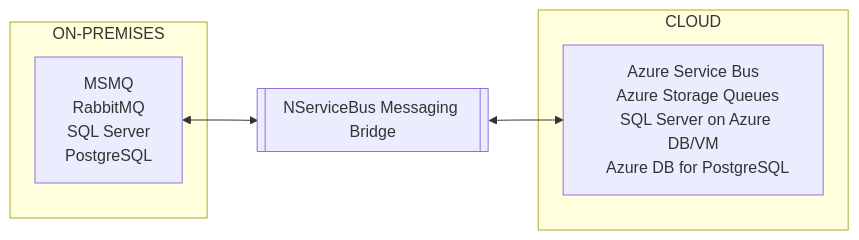
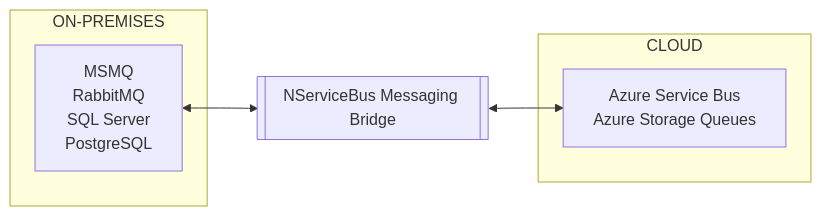
One commit to Particular/docs.particular.net changed the diagram in modernization/migrate-to-the-cloud/on-premises-to-azure.md. Above: the diagram before and after it, drawn with Mermaid. The commit also changed 1 other file, not shown here.

Commit message:
Removed transports from the cloud side of graphs that aren't cloud-native technology

````diff
--- a/modernization/migrate-to-the-cloud/on-premises-to-azure.md
+++ b/modernization/migrate-to-the-cloud/on-premises-to-azure.md
@@ -26,21 +26,19 @@
 ```mermaid
 flowchart LR
 
 on-prem["MSMQ
   RabbitMQ
   SQL Server
   PostgreSQL"]
 cloud["Azure Service Bus
-  Azure Storage Queues
-  SQL Server on Azure DB/VM
-  Azure DB for PostgreSQL"]
+  Azure Storage Queues"]
 bridge[[NServiceBus Messaging Bridge]]
 on-prem <--> bridge <--> cloud
 
 subgraph ON-PREMISES
   on-prem
 end
 subgraph CLOUD
   cloud
 end
 ```
````
